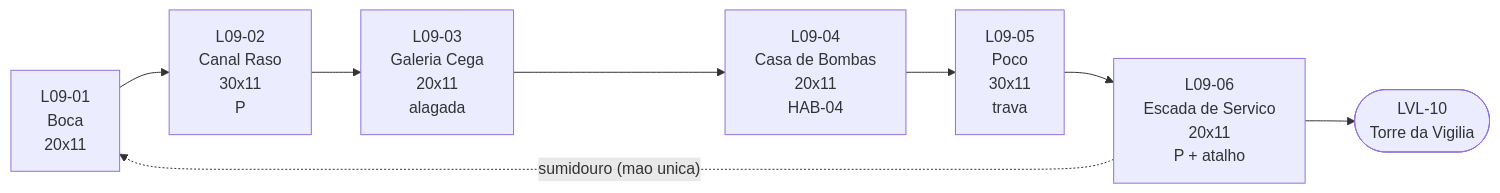
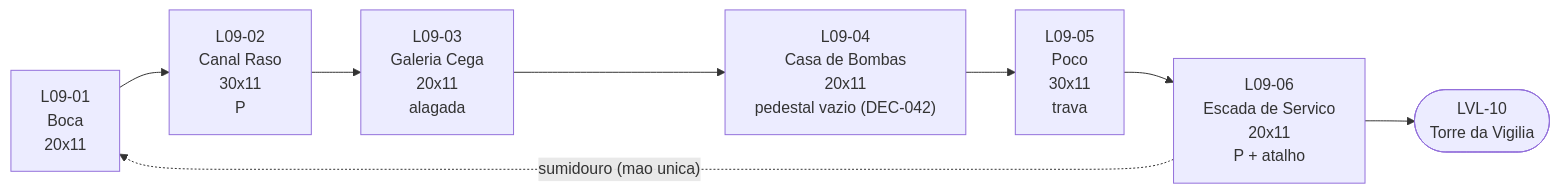
One commit to Brayan-dev2/React-Phaser changed the diagram in 03-Jogos/30-homem-macho/docs/niveis/LVL-09.md. Above: the diagram before and after it, drawn with Mermaid. The commit also changed other lines of this file and 481 other files, not shown here.

````diff
--- a/03-Jogos/30-homem-macho/docs/niveis/LVL-09.md
+++ b/03-Jogos/30-homem-macho/docs/niveis/LVL-09.md
@@ -46,10 +46,10 @@
 ```mermaid
 flowchart LR
   A["L09-01<br/>Boca<br/>20x11"] --> B["L09-02<br/>Canal Raso<br/>30x11<br/>P"]
   B --> C["L09-03<br/>Galeria Cega<br/>20x11<br/>alagada"]
-  C --> D["L09-04<br/>Casa de Bombas<br/>20x11<br/>HAB-04"]
+  C --> D["L09-04<br/>Casa de Bombas<br/>20x11<br/>pedestal vazio (DEC-042)"]
   D --> E["L09-05<br/>Poco<br/>30x11<br/>trava"]
   E --> F["L09-06<br/>Escada de Servico<br/>20x11<br/>P + atalho"]
   F --> X(["LVL-10<br/>Torre da Vigilia"])
   F -.->|"sumidouro (mao unica)"| A
 ```
````
